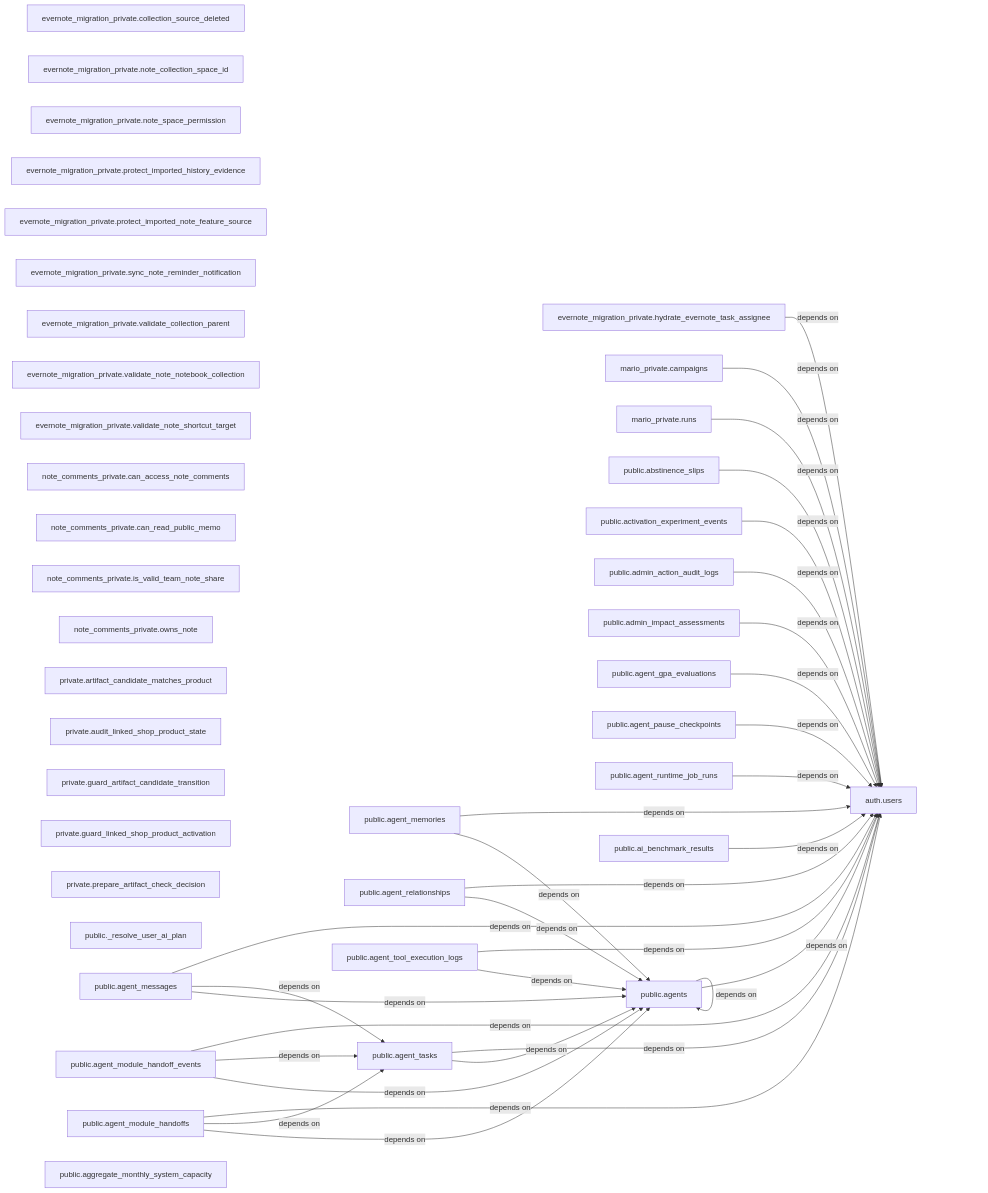
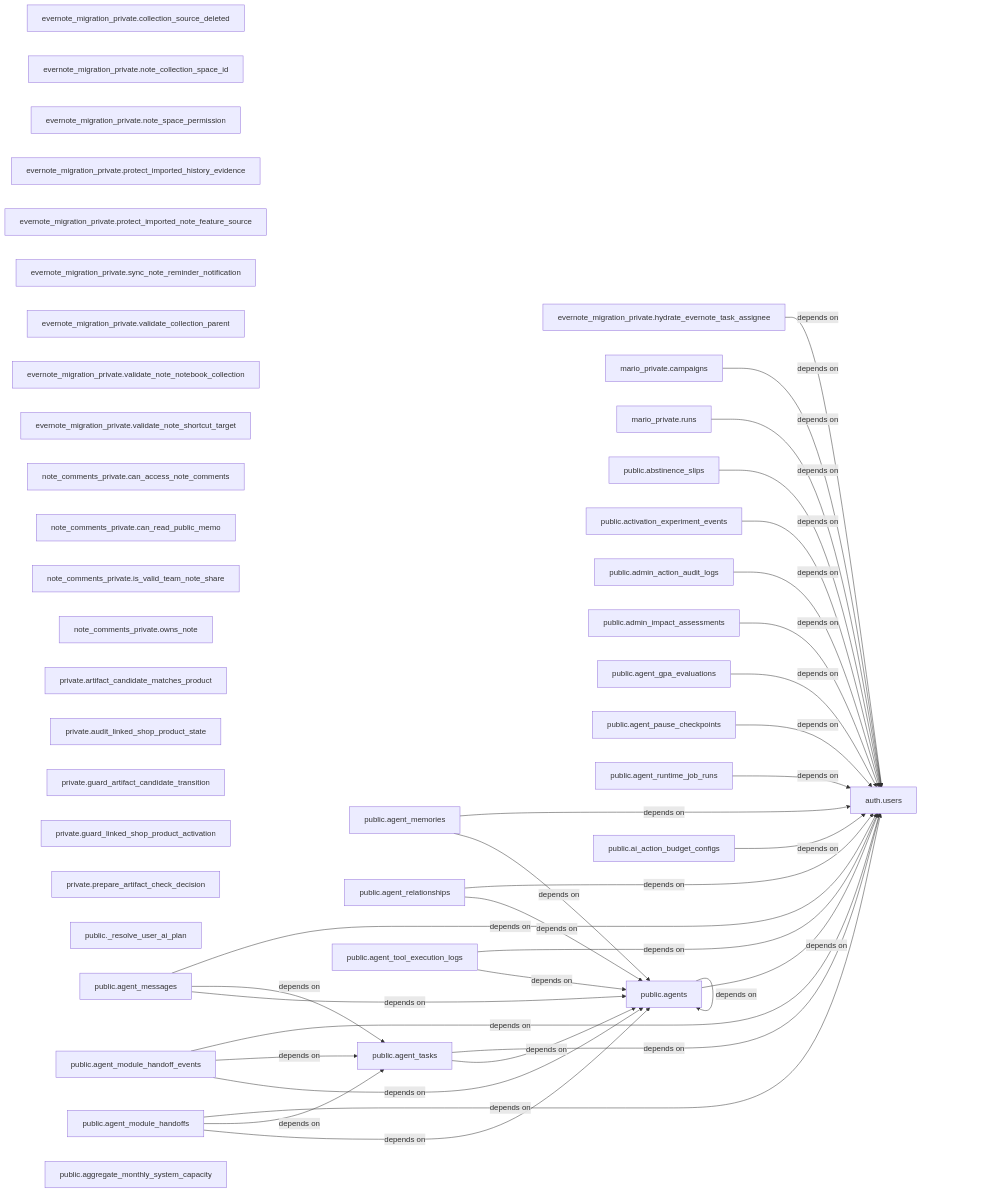
Before and after one commit to kanta13jp1/my_web_app: the second of 2 diagrams in docs/generated/INFRASTRUCTURE_MAP.md, drawn with Mermaid. The commit also changed other lines of this file and 9 other files, not shown here.

````diff
--- a/docs/generated/INFRASTRUCTURE_MAP.md
+++ b/docs/generated/INFRASTRUCTURE_MAP.md
@@ -25,73 +25,73 @@
 ```mermaid
 flowchart LR
   r_83903ee32b["auth.users"]
   r_d88f3b84ca["evernote_migration_private.collection_source_deleted"]
   r_73c4f41def["evernote_migration_private.hydrate_evernote_task_assignee"]
   r_ffb672200f["evernote_migration_private.note_collection_space_id"]
   r_769d2844f9["evernote_migration_private.note_space_permission"]
   r_c5d14536e4["evernote_migration_private.protect_imported_history_evidence"]
   r_61ee01a06e["evernote_migration_private.protect_imported_note_feature_source"]
   r_39663d015d["evernote_migration_private.sync_note_reminder_notification"]
   r_cb340cb8d0["evernote_migration_private.validate_collection_parent"]
   r_83b4367884["evernote_migration_private.validate_note_notebook_collection"]
   r_cf19f1c46f["evernote_migration_private.validate_note_shortcut_target"]
   r_ac500aabc1["mario_private.campaigns"]
   r_c3130a4a16["mario_private.runs"]
   r_6bb9d6715b["note_comments_private.can_access_note_comments"]
   r_925c771fa1["note_comments_private.can_read_public_memo"]
   r_5eb21972d5["note_comments_private.is_valid_team_note_share"]
   r_e8169db4ad["note_comments_private.owns_note"]
   r_8191971c00["private.artifact_candidate_matches_product"]
   r_e1862b1f50["private.audit_linked_shop_product_state"]
   r_5a323ff113["private.guard_artifact_candidate_transition"]
   r_f6277383c4["private.guard_linked_shop_product_activation"]
   r_c5201230ed["private.prepare_artifact_check_decision"]
   r_09591299f9["public._resolve_user_ai_plan"]
   r_329fe13cab["public.abstinence_slips"]
   r_baad80ddc1["public.activation_experiment_events"]
   r_1a31a32345["public.admin_action_audit_logs"]
   r_5f70eb8b05["public.admin_impact_assessments"]
   r_fbcd5fc165["public.agent_gpa_evaluations"]
   r_7673212bd8["public.agent_memories"]
   r_75122649e6["public.agent_messages"]
   r_033868af7f["public.agent_module_handoff_events"]
   r_999827be17["public.agent_module_handoffs"]
   r_04bc1e32d4["public.agent_pause_checkpoints"]
   r_d87b4e9d5a["public.agent_relationships"]
   r_ad4057e3a0["public.agent_runtime_job_runs"]
   r_07696a89a7["public.agent_tasks"]
   r_e4fc606bbb["public.agent_tool_execution_logs"]
   r_b7636f3dcb["public.agents"]
   r_0bb7f8efc2["public.aggregate_monthly_system_capacity"]
-  r_e4bcb02f47["public.ai_benchmark_results"]
+  r_31e2259f8d["public.ai_action_budget_configs"]
   r_73c4f41def -->|depends on| r_83903ee32b
   r_ac500aabc1 -->|depends on| r_83903ee32b
   r_c3130a4a16 -->|depends on| r_83903ee32b
   r_329fe13cab -->|depends on| r_83903ee32b
   r_baad80ddc1 -->|depends on| r_83903ee32b
   r_1a31a32345 -->|depends on| r_83903ee32b
   r_5f70eb8b05 -->|depends on| r_83903ee32b
   r_fbcd5fc165 -->|depends on| r_83903ee32b
   r_7673212bd8 -->|depends on| r_83903ee32b
   r_7673212bd8 -->|depends on| r_b7636f3dcb
   r_75122649e6 -->|depends on| r_83903ee32b
   r_75122649e6 -->|depends on| r_07696a89a7
   r_75122649e6 -->|depends on| r_b7636f3dcb
   r_033868af7f -->|depends on| r_83903ee32b
   r_033868af7f -->|depends on| r_07696a89a7
   r_033868af7f -->|depends on| r_b7636f3dcb
   r_999827be17 -->|depends on| r_83903ee32b
   r_999827be17 -->|depends on| r_07696a89a7
   r_999827be17 -->|depends on| r_b7636f3dcb
   r_04bc1e32d4 -->|depends on| r_83903ee32b
   r_d87b4e9d5a -->|depends on| r_83903ee32b
   r_d87b4e9d5a -->|depends on| r_b7636f3dcb
   r_ad4057e3a0 -->|depends on| r_83903ee32b
   r_07696a89a7 -->|depends on| r_83903ee32b
   r_07696a89a7 -->|depends on| r_b7636f3dcb
   r_e4fc606bbb -->|depends on| r_83903ee32b
   r_e4fc606bbb -->|depends on| r_b7636f3dcb
   r_b7636f3dcb -->|depends on| r_83903ee32b
   r_b7636f3dcb -->|depends on| r_b7636f3dcb
-  r_e4bcb02f47 -->|depends on| r_83903ee32b
+  r_31e2259f8d -->|depends on| r_83903ee32b
 ```
````
